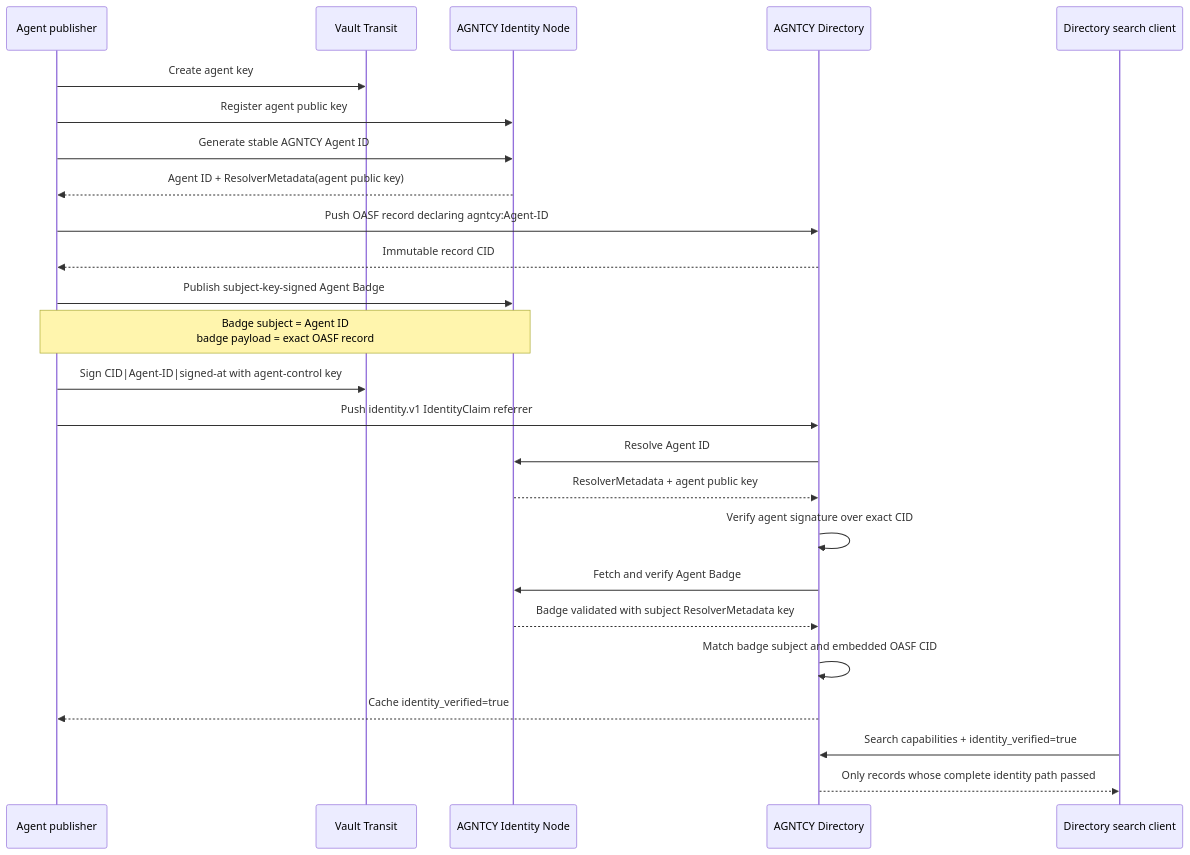
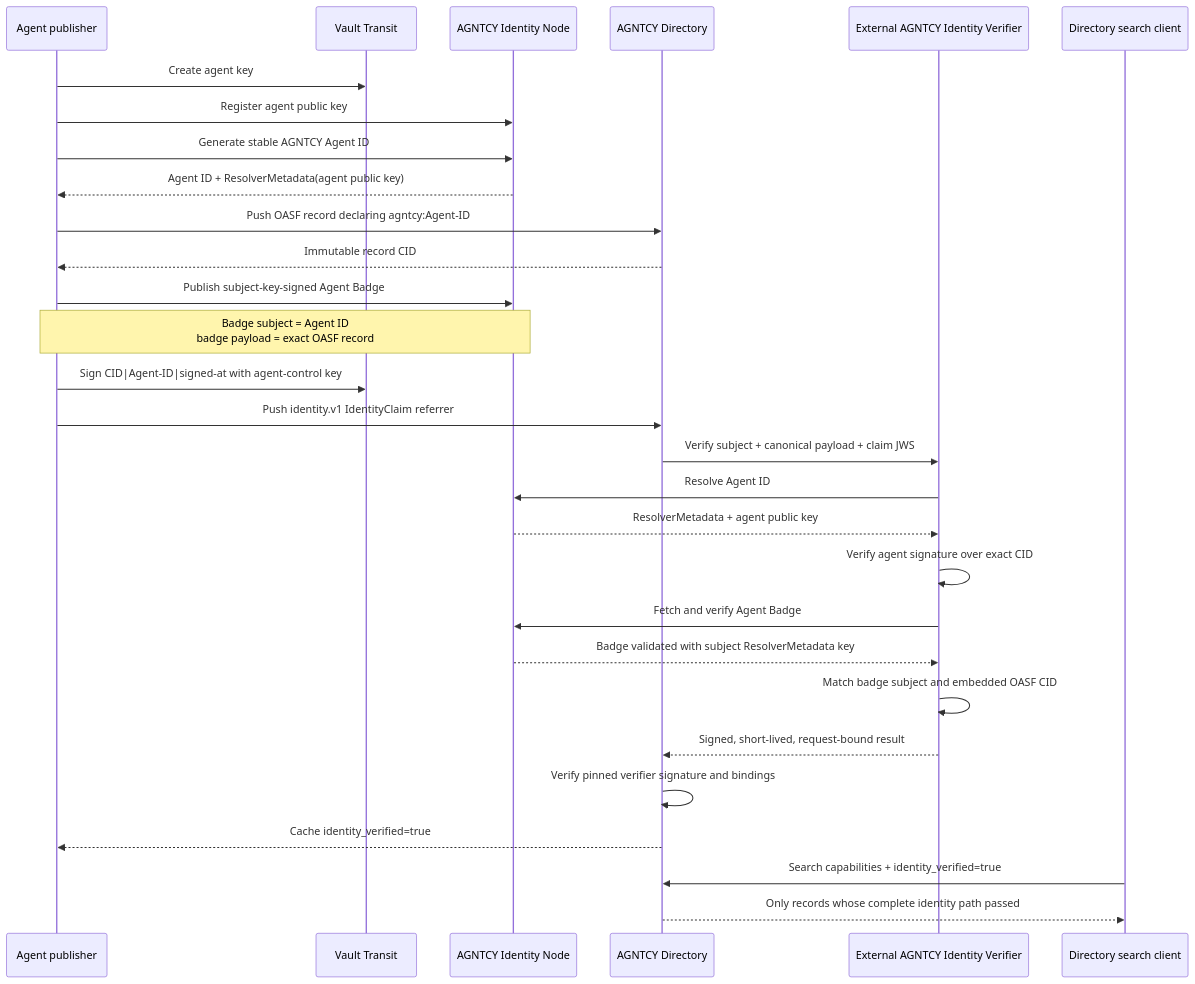
Before and after one commit to agntcy/agent-identity-demos: the diagram in identity-claim-agent-badge-poc/README.md, drawn with Mermaid. The commit also changed other lines of this file and 7 other files, not shown here.

Commit message:
Externalize AGNTCY identity claim verification

````diff
--- a/identity-claim-agent-badge-poc/README.md
+++ b/identity-claim-agent-badge-poc/README.md
@@ -27,31 +29,35 @@
 ```mermaid
 sequenceDiagram
     participant A as Agent publisher
     participant V as Vault Transit
     participant I as AGNTCY Identity Node
     participant D as AGNTCY Directory
+    participant E as External AGNTCY Identity Verifier
     participant S as Directory search client
 
     A->>V: Create agent key
     A->>I: Register agent public key
     A->>I: Generate stable AGNTCY Agent ID
     I-->>A: Agent ID + ResolverMetadata(agent public key)
 
     A->>D: Push OASF record declaring agntcy:Agent-ID
     D-->>A: Immutable record CID
     A->>I: Publish subject-key-signed Agent Badge
     Note over A,I: Badge subject = Agent ID<br/>badge payload = exact OASF record
 
     A->>V: Sign CID|Agent-ID|signed-at with agent-control key
     A->>D: Push identity.v1 IdentityClaim referrer
-    D->>I: Resolve Agent ID
-    I-->>D: ResolverMetadata + agent public key
-    D->>D: Verify agent signature over exact CID
-    D->>I: Fetch and verify Agent Badge
-    I-->>D: Badge validated with subject ResolverMetadata key
-    D->>D: Match badge subject and embedded OASF CID
+    D->>E: Verify subject + canonical payload + claim JWS
+    E->>I: Resolve Agent ID
+    I-->>E: ResolverMetadata + agent public key
+    E->>E: Verify agent signature over exact CID
+    E->>I: Fetch and verify Agent Badge
+    I-->>E: Badge validated with subject ResolverMetadata key
+    E->>E: Match badge subject and embedded OASF CID
+    E-->>D: Signed, short-lived, request-bound result
+    D->>D: Verify pinned verifier signature and bindings
     D-->>A: Cache identity_verified=true
 
     S->>D: Search capabilities + identity_verified=true
     D-->>S: Only records whose complete identity path passed
 ```
````
